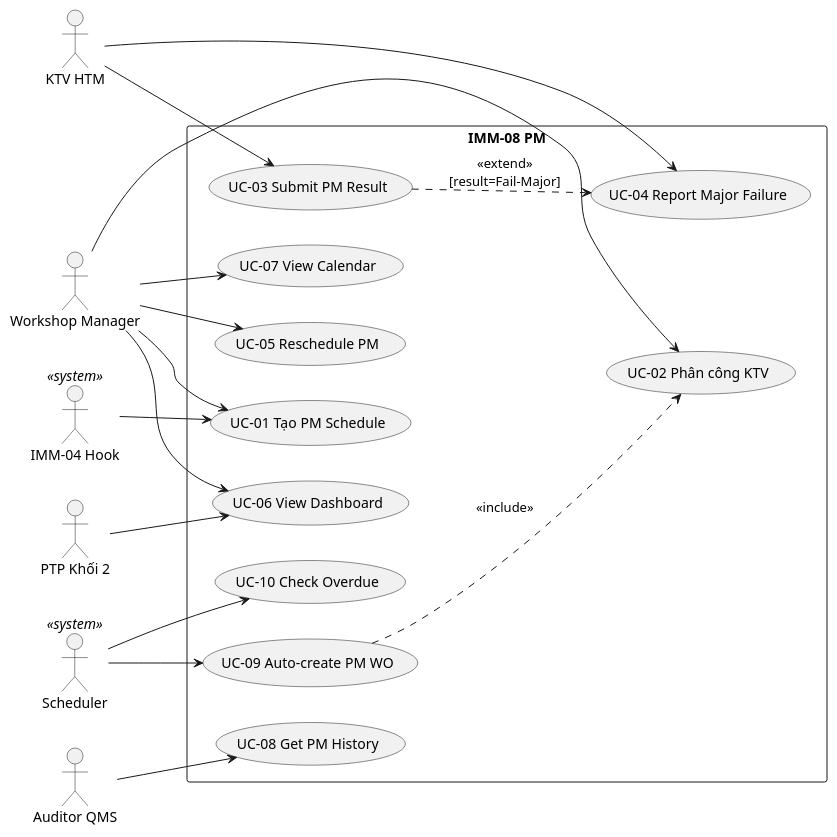
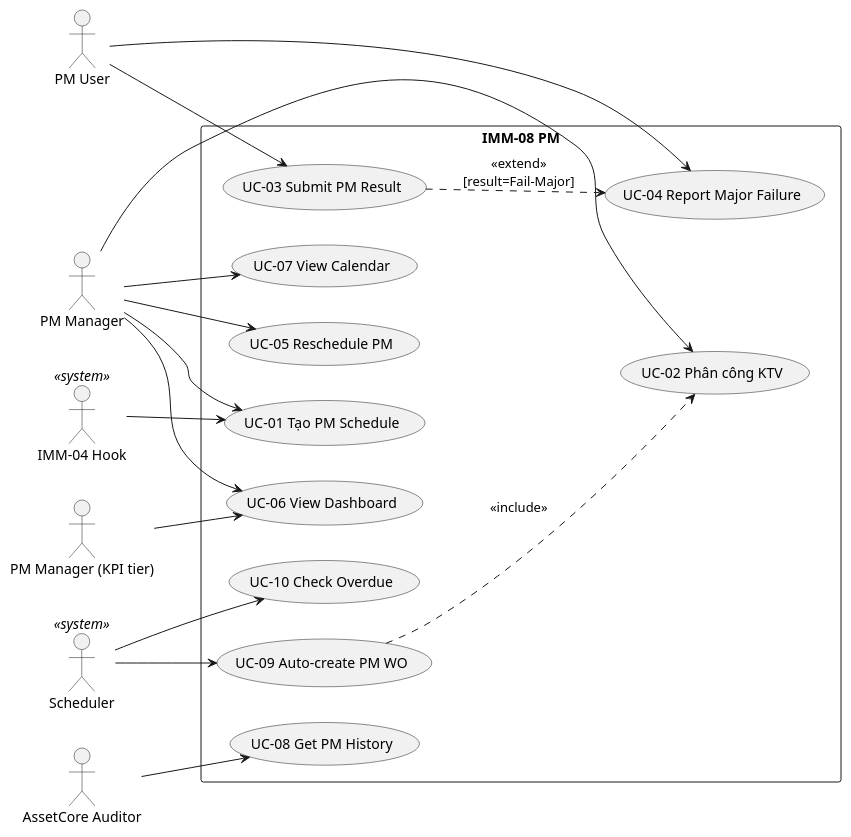
Before and after one commit to mvl26/Assetcore: the third of 4 diagrams in docs/imm-08/02_Analysis_Design.md, drawn with PlantUML. The commit also changed other lines of this file and 6 other files, not shown here.

````diff
--- a/docs/imm-08/02_Analysis_Design.md
+++ b/docs/imm-08/02_Analysis_Design.md
@@ -289,39 +289,39 @@
 ```plantuml
 @startuml
 left to right direction
-actor "Workshop Manager" as WM
-actor "KTV HTM" as KTV
-actor "PTP Khối 2" as PTP
+actor "PM Manager" as WM
+actor "PM User" as KTV
+actor "PM Manager (KPI tier)" as PTP
 actor "IMM-04 Hook" as IMM04 <<system>>
 actor "Scheduler" as SCH <<system>>
-actor "Auditor QMS" as AUD
+actor "AssetCore Auditor" as AUD
 
 rectangle "IMM-08 PM" {
     usecase "UC-01 Tạo PM Schedule" as UC01
     usecase "UC-02 Phân công KTV" as UC02
     usecase "UC-03 Submit PM Result" as UC03
     usecase "UC-04 Report Major Failure" as UC04
     usecase "UC-05 Reschedule PM" as UC05
     usecase "UC-06 View Dashboard" as UC06
     usecase "UC-07 View Calendar" as UC07
     usecase "UC-08 Get PM History" as UC08
     usecase "UC-09 Auto-create PM WO" as UC09
     usecase "UC-10 Check Overdue" as UC10
 }
 
 WM --> UC01
 WM --> UC02
 WM --> UC05
 WM --> UC06
 WM --> UC07
 KTV --> UC03
 KTV --> UC04
 PTP --> UC06
 AUD --> UC08
 IMM04 --> UC01
 SCH --> UC09
 SCH --> UC10
 UC03 ..> UC04 : <<extend>>\n[result=Fail-Major]
 UC09 ..> UC02 : <<include>>
 @enduml
 ```
````
